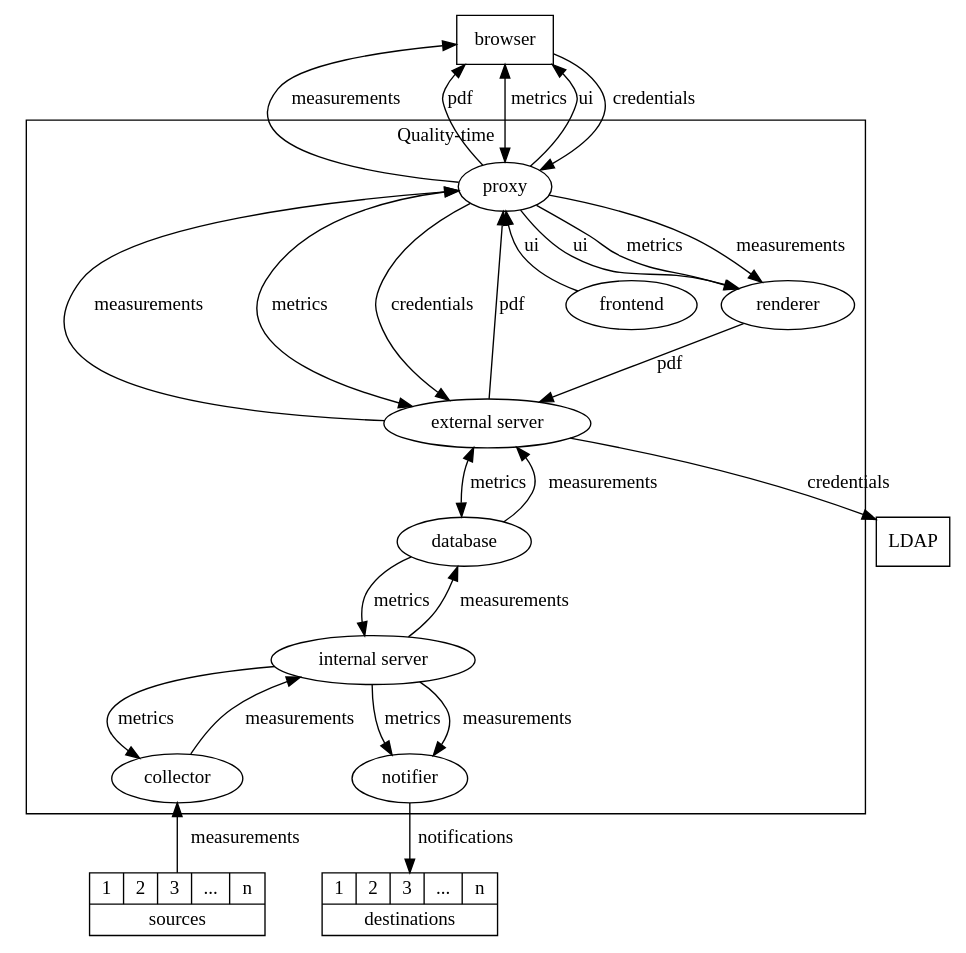
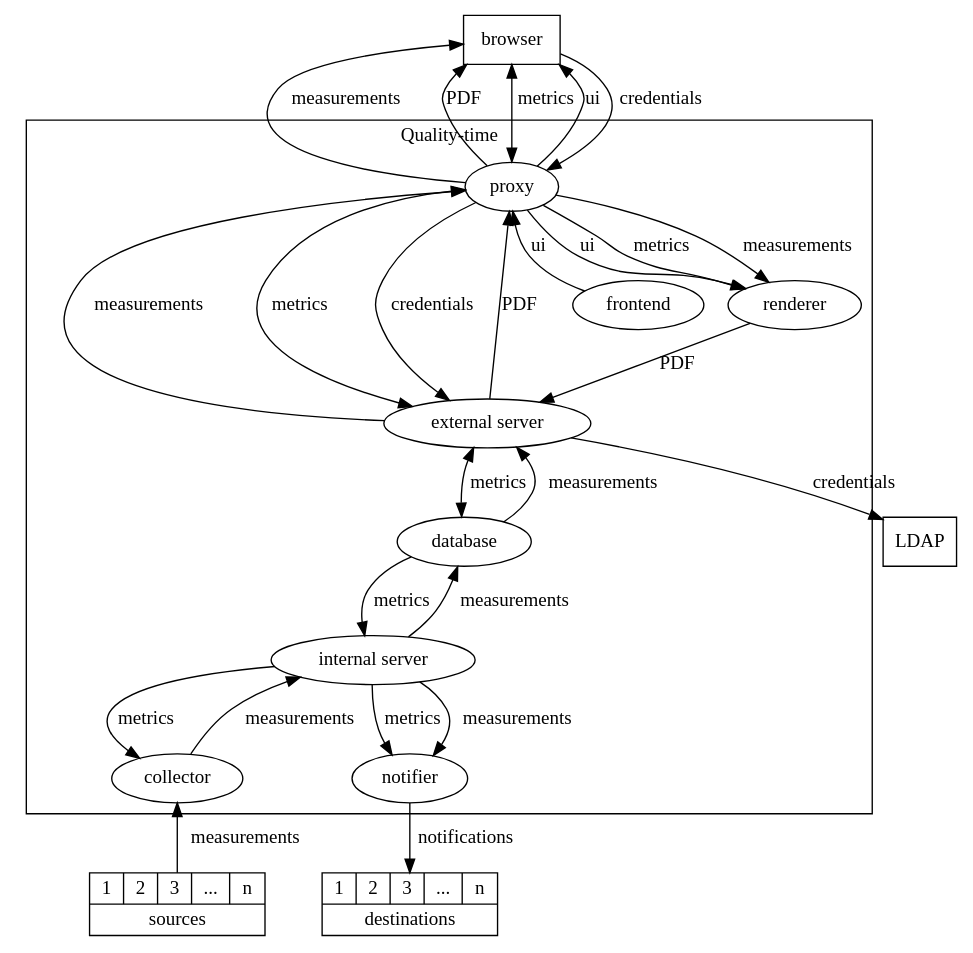
One commit to ICTU/quality-time changed the diagram in docs/src/components-light.dot. Above: the diagram before and after it, drawn with Graphviz. The commit also changed 75 other files, not shown here.

```diff
--- a/docs/src/components-light.dot
+++ b/docs/src/components-light.dot
@@ -1,41 +1,41 @@
 digraph {
   graph [bcolor=transparant, fontname="SFMono-Regular"]
   node [fontname="SFMono-Regular"]
   edge [fontname="SFMono-Regular"]
   browser [shape=rectangle]
   ldap [shape=rectangle, label="LDAP"]
   subgraph cluster_qt {
     rank="min"
     label="Quality-time"
     color=black
     external_server [label="external server"]
     internal_server [label="internal server"]
     proxy -> frontend [label=ui, dir="back"]
     proxy -> external_server [label=measurements, dir="back"]
     proxy -> external_server [label=metrics, dir="both"]
     proxy -> external_server [label=credentials]
-    proxy -> external_server [label=pdf, dir="back"]
+    proxy -> external_server [label=PDF, dir="back"]
     proxy -> renderer [label=ui]
     proxy -> renderer [label=metrics]
     proxy -> renderer [label=measurements]
     external_server -> database [label=metrics, dir="both"]
     external_server -> database [label=measurements, dir="back"]
     database -> internal_server [label=metrics]
     database -> internal_server [label=measurements, dir="back"]
     internal_server -> collector [label=metrics]
     internal_server -> collector [label=measurements, dir="back"]
     internal_server -> notifier [label=metrics]
     internal_server -> notifier [label=measurements]
-    renderer -> external_server [label=pdf]
+    renderer -> external_server [label=PDF]
   }
   browser -> proxy [label=measurements, dir="back"]
-  browser -> proxy [label=pdf, dir="back"]
+  browser -> proxy [label=PDF, dir="back"]
   browser -> proxy [label=metrics, dir="both"]
   browser -> proxy [label=ui, dir="back"]
   browser -> proxy [label=credentials]
   collector -> source [label=measurements, dir="back"]
   notifier -> destination [label=notifications]
   external_server -> ldap [label=credentials]
   source [label="{{1|2|3|...|n}|sources}" shape=record]
   destination [label="{{1|2|3|...|n}|destinations}" shape=record]
 }
```
